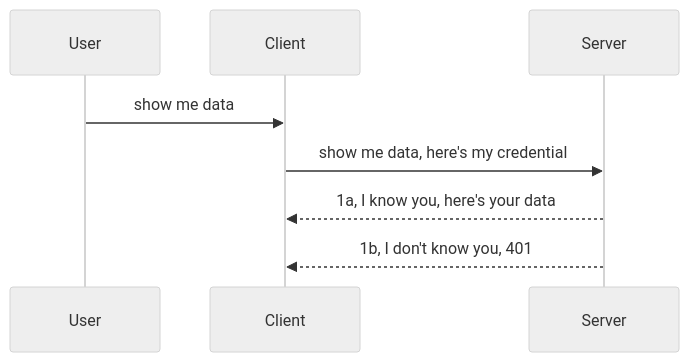
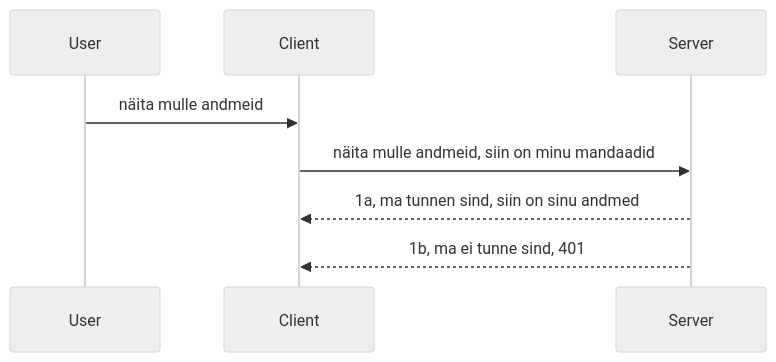
The diagram in translations/et/03-GettingStarted/11-simple-auth/README.md (Mu-L/mcp-for-beginners), drawn with Mermaid (neutral theme) before and after one commit. The commit also changed other lines of this file and 110 other files, not shown here.

````diff
--- a/translations/et/03-GettingStarted/11-simple-auth/README.md
+++ b/translations/et/03-GettingStarted/11-simple-auth/README.md
@@ -24,11 +24,11 @@
 ```mermaid
 sequenceDiagram
    participant User
    participant Client
    participant Server
 
-   User->>Client: show me data
-   Client->>Server: show me data, here's my credential
-   Server-->>Client: 1a, I know you, here's your data
-   Server-->>Client: 1b, I don't know you, 401 
-```
+   User->>Client: näita mulle andmeid
+   Client->>Server: näita mulle andmeid, siin on minu mandaadid
+   Server-->>Client: 1a, ma tunnen sind, siin on sinu andmed
+   Server-->>Client: 1b, ma ei tunne sind, 401 
+```  
````
